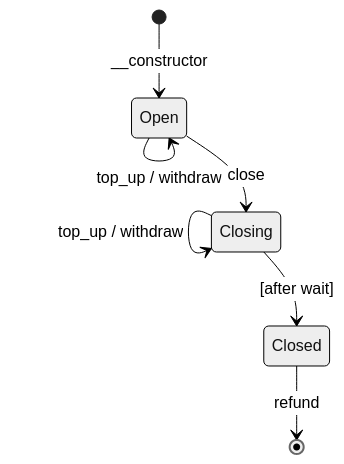
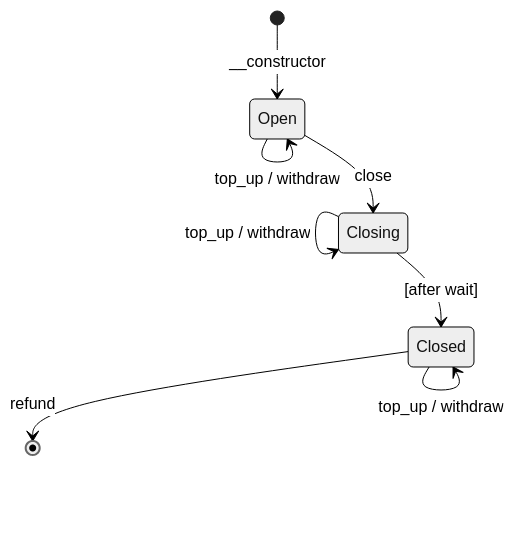
The diagram in README.md (stellar-experimental/one-way-channel), drawn with Mermaid (neutral theme) before and after one commit.

Commit message:
add closed state top_up/withdraw transitions to diagram

````diff
--- a/README.md
+++ b/README.md
@@ -26,12 +26,13 @@
 ```mermaid
 stateDiagram-v2
     [*] --> Open: __constructor
 
     Open --> Open: top_up / withdraw
     Open --> Closing: close
 
     Closing --> Closing: top_up / withdraw
     Closing --> Closed: [after wait]
 
+    Closed --> Closed: top_up / withdraw
     Closed --> [*]: refund
 ```
````
